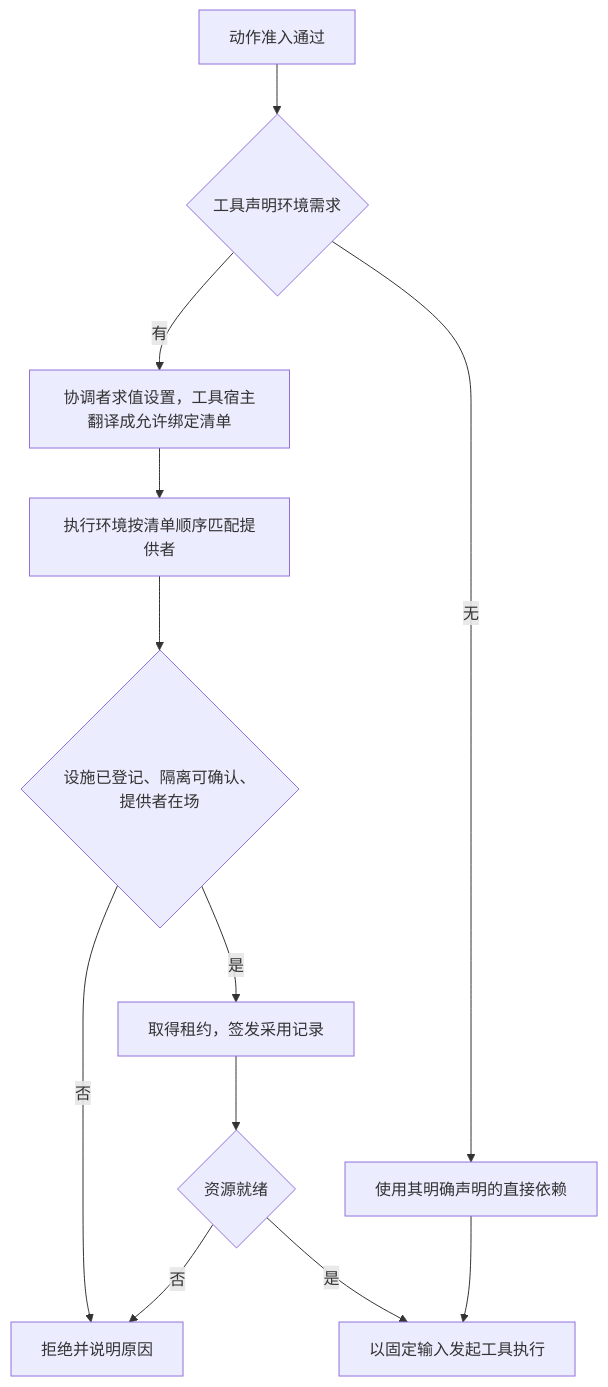
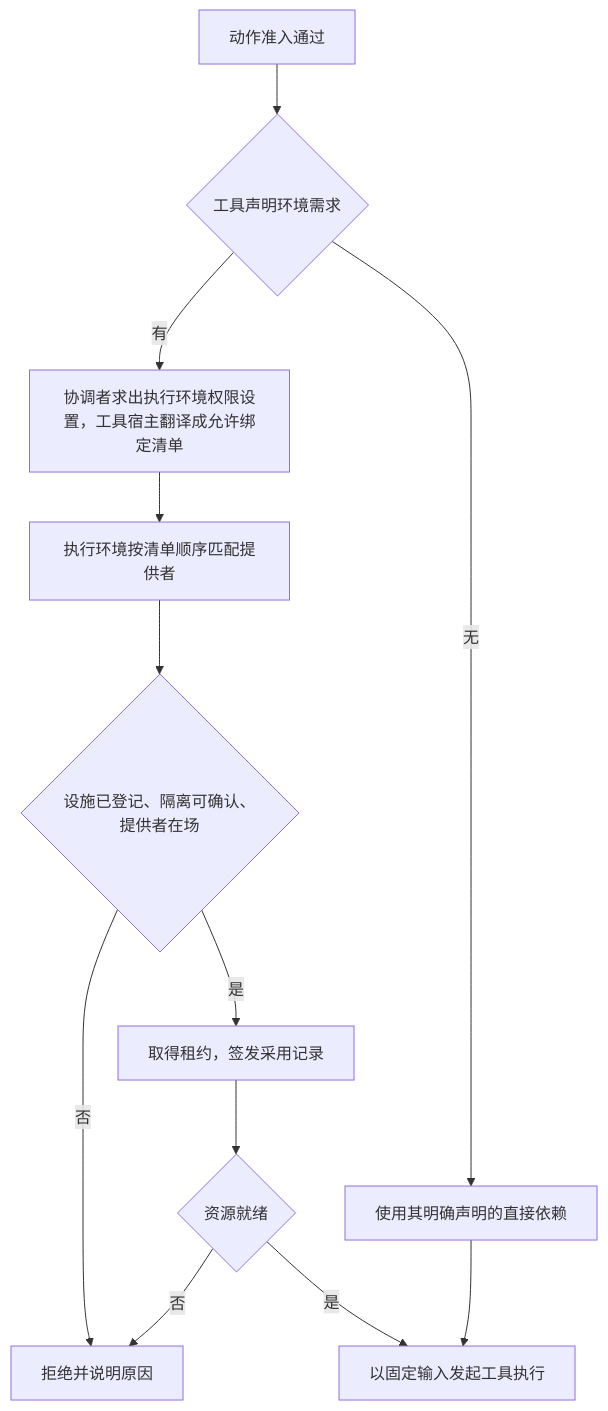
The diagram in docs/architecture/runtime/execution-environment.md (nemori-ai/omne-harness-lite), drawn with Mermaid before and after one commit. The commit also changed other lines of this file and 31 other files, not shown here.

````diff
--- a/docs/architecture/runtime/execution-environment.md
+++ b/docs/architecture/runtime/execution-environment.md
@@ -24,14 +24,14 @@
 ```mermaid
 flowchart TD
     Admit[动作准入通过] --> Need{工具声明环境需求}
-    Need -->|有| Translate[协调者求值设置，工具宿主翻译成允许绑定清单]
+    Need -->|有| Translate[协调者求出执行环境权限设置，工具宿主翻译成允许绑定清单]
     Need -->|无| Direct[使用其明确声明的直接依赖]
     Translate --> Select[执行环境按清单顺序匹配提供者]
     Select --> Match{设施已登记、隔离可确认、提供者在场}
     Match -->|否| Reject[拒绝并说明原因]
     Match -->|是| Prepare[取得租约，签发采用记录]
     Prepare --> Ready{资源就绪}
     Ready -->|否| Reject
     Ready -->|是| Execute[以固定输入发起工具执行]
     Direct --> Execute
 ```
````
